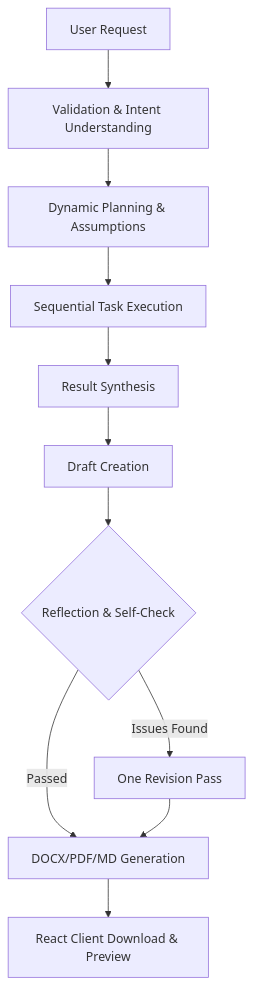
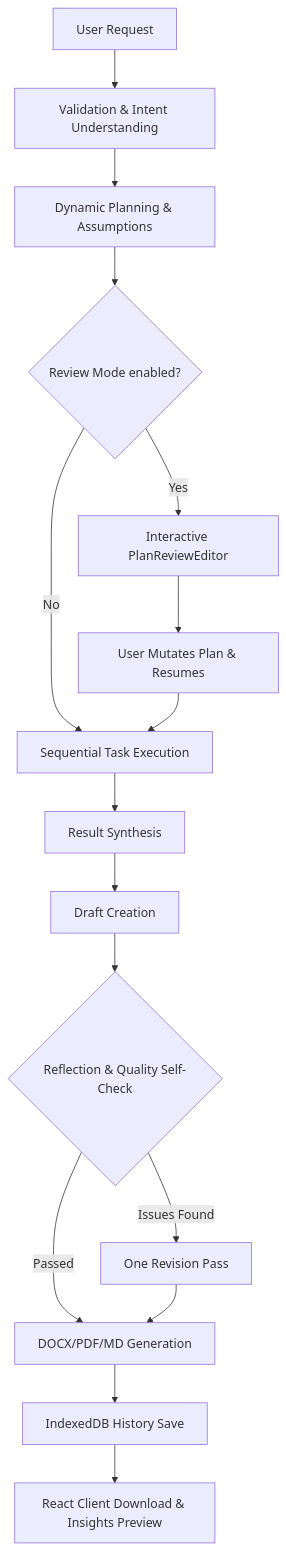
Before and after one commit to ishanbhattacharjee12/AgentDoc-Autonomous-AI-Document-Workspace: the diagram in README.md, drawn with Mermaid. The commit also changed other lines of this file and 23 other files, not shown here.

````diff
--- a/README.md
+++ b/README.md
@@ -25,13 +29,18 @@
 ```mermaid
 graph TD
     A[User Request] --> B[Validation & Intent Understanding]
     B --> C[Dynamic Planning & Assumptions]
-    C --> D[Sequential Task Execution]
-    D --> E[Result Synthesis]
-    E --> F[Draft Creation]
-    F --> G{Reflection & Self-Check}
-    G -- Issues Found --> H[One Revision Pass]
-    G -- Passed --> I[DOCX/PDF/MD Generation]
-    H --> I
-    I --> J[React Client Download & Preview]
+    C --> D{Review Mode enabled?}
+    D -- Yes --> E[Interactive PlanReviewEditor]
+    E --> F[User Mutates Plan & Resumes]
+    D -- No --> G[Sequential Task Execution]
+    F --> G
+    G --> H[Result Synthesis]
+    H --> I[Draft Creation]
+    I --> J{Reflection & Quality Self-Check}
+    J -- Issues Found --> K[One Revision Pass]
+    J -- Passed --> L[DOCX/PDF/MD Generation]
+    K --> L
+    L --> M[IndexedDB History Save]
+    M --> N[React Client Download & Insights Preview]
 ```
````
